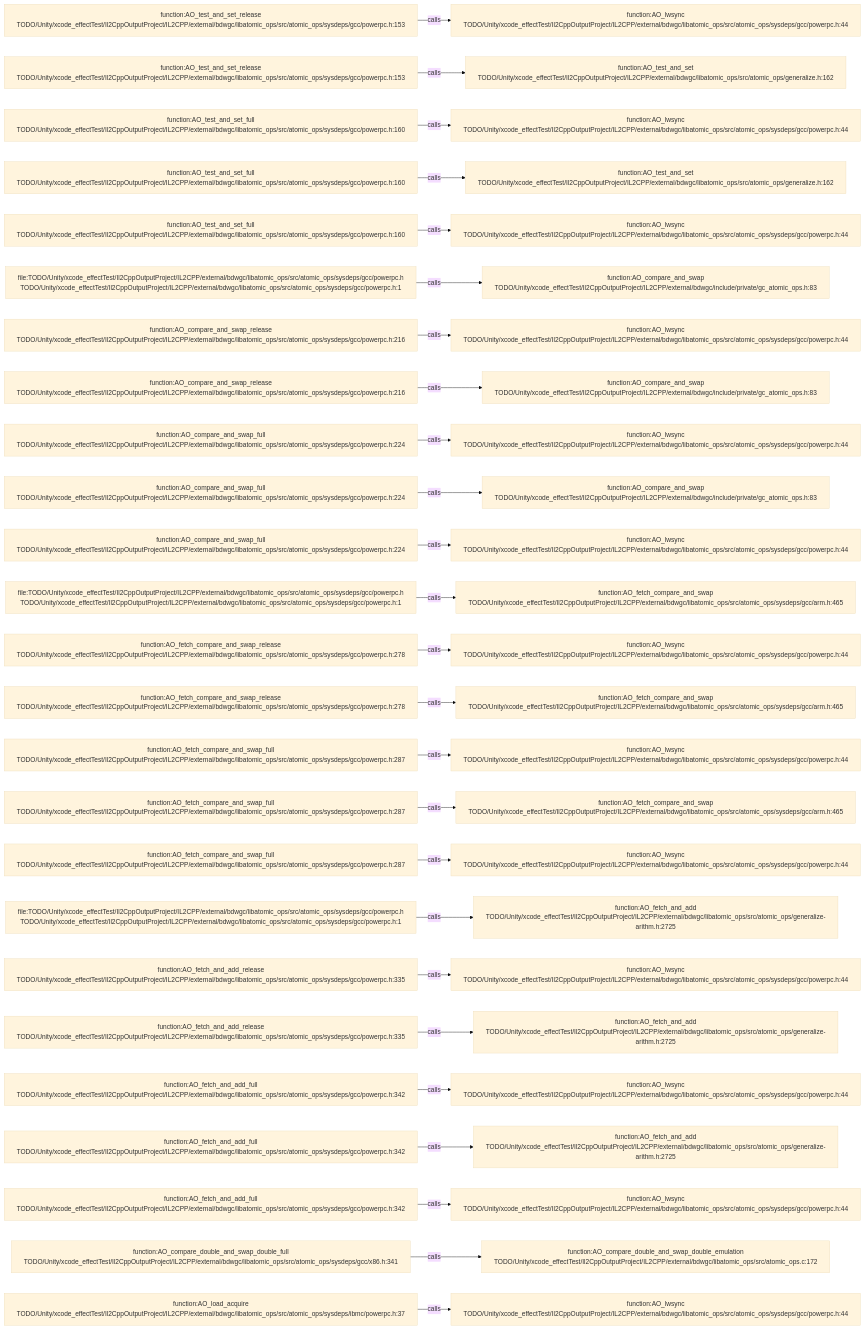
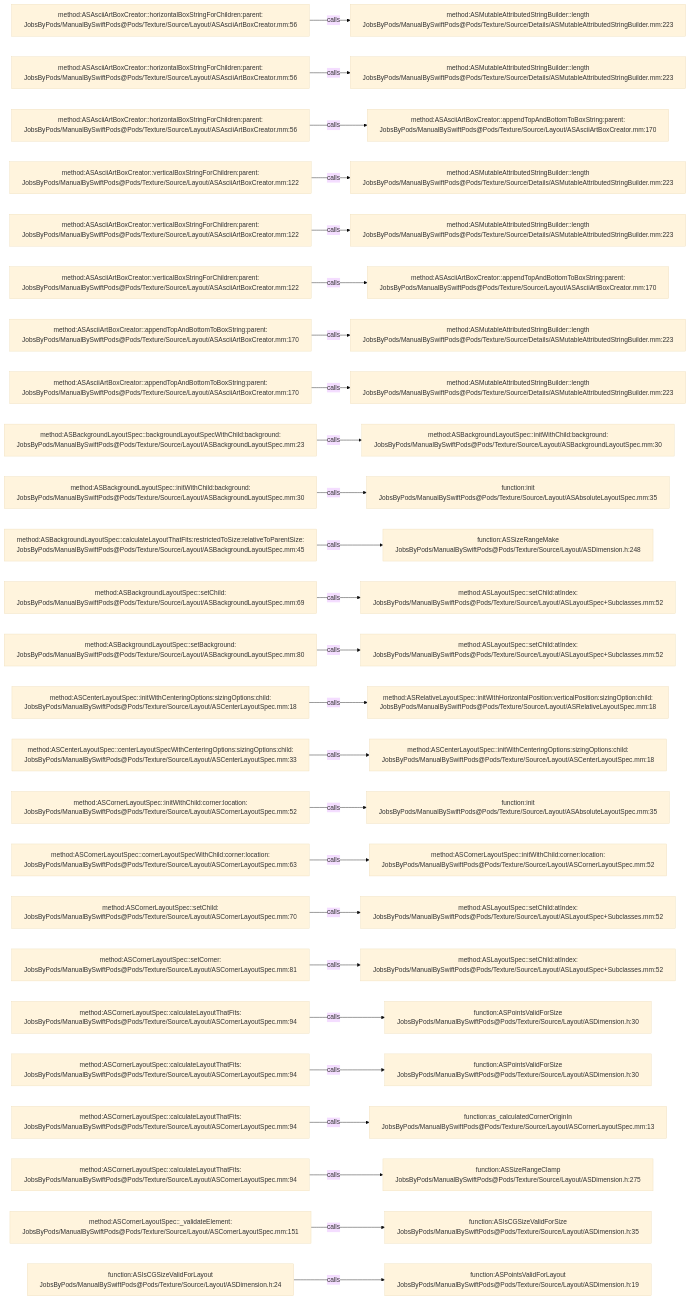
The diagram in .codegraph/codegraph.md/graphs/calls-124.md (JobsKits/JobsSwiftBaseConfigDemo), drawn with Mermaid (base theme) before and after one commit. The commit also changed 2959 other files, not shown here.

````diff
--- a/.codegraph/codegraph.md/graphs/calls-124.md
+++ b/.codegraph/codegraph.md/graphs/calls-124.md
@@ -13,78 +13,78 @@
 ```mermaid
 flowchart LR
-  S1["function:AO_test_and_set_release<br/>TODO/Unity/xcode_effectTest/Il2CppOutputProject/IL2CPP/external/bdwgc/libatomic_ops/src/atomic_ops/sysdeps/gcc/powerpc.h:153"]
-  T1["function:AO_lwsync<br/>TODO/Unity/xcode_effectTest/Il2CppOutputProject/IL2CPP/external/bdwgc/libatomic_ops/src/atomic_ops/sysdeps/gcc/powerpc.h:44"]
+  S1["method:ASAsciiArtBoxCreator::horizontalBoxStringForChildren:parent:<br/>JobsByPods/ManualBySwiftPods@Pods/Texture/Source/Layout/ASAsciiArtBoxCreator.mm:56"]
+  T1["method:ASMutableAttributedStringBuilder::length<br/>JobsByPods/ManualBySwiftPods@Pods/Texture/Source/Details/ASMutableAttributedStringBuilder.mm:223"]
   S1 -->|calls| T1
-  S2["function:AO_test_and_set_release<br/>TODO/Unity/xcode_effectTest/Il2CppOutputProject/IL2CPP/external/bdwgc/libatomic_ops/src/atomic_ops/sysdeps/gcc/powerpc.h:153"]
-  T2["function:AO_test_and_set<br/>TODO/Unity/xcode_effectTest/Il2CppOutputProject/IL2CPP/external/bdwgc/libatomic_ops/src/atomic_ops/generalize.h:162"]
+  S2["method:ASAsciiArtBoxCreator::horizontalBoxStringForChildren:parent:<br/>JobsByPods/ManualBySwiftPods@Pods/Texture/Source/Layout/ASAsciiArtBoxCreator.mm:56"]
+  T2["method:ASMutableAttributedStringBuilder::length<br/>JobsByPods/ManualBySwiftPods@Pods/Texture/Source/Details/ASMutableAttributedStringBuilder.mm:223"]
   S2 -->|calls| T2
-  S3["function:AO_test_and_set_full<br/>TODO/Unity/xcode_effectTest/Il2CppOutputProject/IL2CPP/external/bdwgc/libatomic_ops/src/atomic_ops/sysdeps/gcc/powerpc.h:160"]
-  T3["function:AO_lwsync<br/>TODO/Unity/xcode_effectTest/Il2CppOutputProject/IL2CPP/external/bdwgc/libatomic_ops/src/atomic_ops/sysdeps/gcc/powerpc.h:44"]
+  S3["method:ASAsciiArtBoxCreator::horizontalBoxStringForChildren:parent:<br/>JobsByPods/ManualBySwiftPods@Pods/Texture/Source/Layout/ASAsciiArtBoxCreator.mm:56"]
+  T3["method:ASAsciiArtBoxCreator::appendTopAndBottomToBoxString:parent:<br/>JobsByPods/ManualBySwiftPods@Pods/Texture/Source/Layout/ASAsciiArtBoxCreator.mm:170"]
   S3 -->|calls| T3
-  S4["function:AO_test_and_set_full<br/>TODO/Unity/xcode_effectTest/Il2CppOutputProject/IL2CPP/external/bdwgc/libatomic_ops/src/atomic_ops/sysdeps/gcc/powerpc.h:160"]
-  T4["function:AO_test_and_set<br/>TODO/Unity/xcode_effectTest/Il2CppOutputProject/IL2CPP/external/bdwgc/libatomic_ops/src/atomic_ops/generalize.h:162"]
+  S4["method:ASAsciiArtBoxCreator::verticalBoxStringForChildren:parent:<br/>JobsByPods/ManualBySwiftPods@Pods/Texture/Source/Layout/ASAsciiArtBoxCreator.mm:122"]
+  T4["method:ASMutableAttributedStringBuilder::length<br/>JobsByPods/ManualBySwiftPods@Pods/Texture/Source/Details/ASMutableAttributedStringBuilder.mm:223"]
   S4 -->|calls| T4
-  S5["function:AO_test_and_set_full<br/>TODO/Unity/xcode_effectTest/Il2CppOutputProject/IL2CPP/external/bdwgc/libatomic_ops/src/atomic_ops/sysdeps/gcc/powerpc.h:160"]
-  T5["function:AO_lwsync<br/>TODO/Unity/xcode_effectTest/Il2CppOutputProject/IL2CPP/external/bdwgc/libatomic_ops/src/atomic_ops/sysdeps/gcc/powerpc.h:44"]
+  S5["method:ASAsciiArtBoxCreator::verticalBoxStringForChildren:parent:<br/>JobsByPods/ManualBySwiftPods@Pods/Texture/Source/Layout/ASAsciiArtBoxCreator.mm:122"]
+  T5["method:ASMutableAttributedStringBuilder::length<br/>JobsByPods/ManualBySwiftPods@Pods/Texture/Source/Details/ASMutableAttributedStringBuilder.mm:223"]
   S5 -->|calls| T5
-  S6["file:TODO/Unity/xcode_effectTest/Il2CppOutputProject/IL2CPP/external/bdwgc/libatomic_ops/src/atomic_ops/sysdeps/gcc/powerpc.h<br/>TODO/Unity/xcode_effectTest/Il2CppOutputProject/IL2CPP/external/bdwgc/libatomic_ops/src/atomic_ops/sysdeps/gcc/powerpc.h:1"]
-  T6["function:AO_compare_and_swap<br/>TODO/Unity/xcode_effectTest/Il2CppOutputProject/IL2CPP/external/bdwgc/include/private/gc_atomic_ops.h:83"]
+  S6["method:ASAsciiArtBoxCreator::verticalBoxStringForChildren:parent:<br/>JobsByPods/ManualBySwiftPods@Pods/Texture/Source/Layout/ASAsciiArtBoxCreator.mm:122"]
+  T6["method:ASAsciiArtBoxCreator::appendTopAndBottomToBoxString:parent:<br/>JobsByPods/ManualBySwiftPods@Pods/Texture/Source/Layout/ASAsciiArtBoxCreator.mm:170"]
   S6 -->|calls| T6
-  S7["function:AO_compare_and_swap_release<br/>TODO/Unity/xcode_effectTest/Il2CppOutputProject/IL2CPP/external/bdwgc/libatomic_ops/src/atomic_ops/sysdeps/gcc/powerpc.h:216"]
-  T7["function:AO_lwsync<br/>TODO/Unity/xcode_effectTest/Il2CppOutputProject/IL2CPP/external/bdwgc/libatomic_ops/src/atomic_ops/sysdeps/gcc/powerpc.h:44"]
+  S7["method:ASAsciiArtBoxCreator::appendTopAndBottomToBoxString:parent:<br/>JobsByPods/ManualBySwiftPods@Pods/Texture/Source/Layout/ASAsciiArtBoxCreator.mm:170"]
+  T7["method:ASMutableAttributedStringBuilder::length<br/>JobsByPods/ManualBySwiftPods@Pods/Texture/Source/Details/ASMutableAttributedStringBuilder.mm:223"]
   S7 -->|calls| T7
-  S8["function:AO_compare_and_swap_release<br/>TODO/Unity/xcode_effectTest/Il2CppOutputProject/IL2CPP/external/bdwgc/libatomic_ops/src/atomic_ops/sysdeps/gcc/powerpc.h:216"]
-  T8["function:AO_compare_and_swap<br/>TODO/Unity/xcode_effectTest/Il2CppOutputProject/IL2CPP/external/bdwgc/include/private/gc_atomic_ops.h:83"]
+  S8["method:ASAsciiArtBoxCreator::appendTopAndBottomToBoxString:parent:<br/>JobsByPods/ManualBySwiftPods@Pods/Texture/Source/Layout/ASAsciiArtBoxCreator.mm:170"]
+  T8["method:ASMutableAttributedStringBuilder::length<br/>JobsByPods/ManualBySwiftPods@Pods/Texture/Source/Details/ASMutableAttributedStringBuilder.mm:223"]
   S8 -->|calls| T8
-  S9["function:AO_compare_and_swap_full<br/>TODO/Unity/xcode_effectTest/Il2CppOutputProject/IL2CPP/external/bdwgc/libatomic_ops/src/atomic_ops/sysdeps/gcc/powerpc.h:224"]
-  T9["function:AO_lwsync<br/>TODO/Unity/xcode_effectTest/Il2CppOutputProject/IL2CPP/external/bdwgc/libatomic_ops/src/atomic_ops/sysdeps/gcc/powerpc.h:44"]
+  S9["method:ASBackgroundLayoutSpec::backgroundLayoutSpecWithChild:background:<br/>JobsByPods/ManualBySwiftPods@Pods/Texture/Source/Layout/ASBackgroundLayoutSpec.mm:23"]
+  T9["method:ASBackgroundLayoutSpec::initWithChild:background:<br/>JobsByPods/ManualBySwiftPods@Pods/Texture/Source/Layout/ASBackgroundLayoutSpec.mm:30"]
   S9 -->|calls| T9
-  S10["function:AO_compare_and_swap_full<br/>TODO/Unity/xcode_effectTest/Il2CppOutputProject/IL2CPP/external/bdwgc/libatomic_ops/src/atomic_ops/sysdeps/gcc/powerpc.h:224"]
-  T10["function:AO_compare_and_swap<br/>TODO/Unity/xcode_effectTest/Il2CppOutputProject/IL2CPP/external/bdwgc/include/private/gc_atomic_ops.h:83"]
+  S10["method:ASBackgroundLayoutSpec::initWithChild:background:<br/>JobsByPods/ManualBySwiftPods@Pods/Texture/Source/Layout/ASBackgroundLayoutSpec.mm:30"]
+  T10["function:init<br/>JobsByPods/ManualBySwiftPods@Pods/Texture/Source/Layout/ASAbsoluteLayoutSpec.mm:35"]
   S10 -->|calls| T10
-  S11["function:AO_compare_and_swap_full<br/>TODO/Unity/xcode_effectTest/Il2CppOutputProject/IL2CPP/external/bdwgc/libatomic_ops/src/atomic_ops/sysdeps/gcc/powerpc.h:224"]
-  T11["function:AO_lwsync<br/>TODO/Unity/xcode_effectTest/Il2CppOutputProject/IL2CPP/external/bdwgc/libatomic_ops/src/atomic_ops/sysdeps/gcc/powerpc.h:44"]
+  S11["method:ASBackgroundLayoutSpec::calculateLayoutThatFits:restrictedToSize:relativeToParentSize:<br/>JobsByPods/ManualBySwiftPods@Pods/Texture/Source/Layout/ASBackgroundLayoutSpec.mm:45"]
+  T11["function:ASSizeRangeMake<br/>JobsByPods/ManualBySwiftPods@Pods/Texture/Source/Layout/ASDimension.h:248"]
   S11 -->|calls| T11
-  S12["file:TODO/Unity/xcode_effectTest/Il2CppOutputProject/IL2CPP/external/bdwgc/libatomic_ops/src/atomic_ops/sysdeps/gcc/powerpc.h<br/>TODO/Unity/xcode_effectTest/Il2CppOutputProject/IL2CPP/external/bdwgc/libatomic_ops/src/atomic_ops/sysdeps/gcc/powerpc.h:1"]
-  T12["function:AO_fetch_compare_and_swap<br/>TODO/Unity/xcode_effectTest/Il2CppOutputProject/IL2CPP/external/bdwgc/libatomic_ops/src/atomic_ops/sysdeps/gcc/arm.h:465"]
+  S12["method:ASBackgroundLayoutSpec::setChild:<br/>JobsByPods/ManualBySwiftPods@Pods/Texture/Source/Layout/ASBackgroundLayoutSpec.mm:69"]
+  T12["method:ASLayoutSpec::setChild:atIndex:<br/>JobsByPods/ManualBySwiftPods@Pods/Texture/Source/Layout/ASLayoutSpec+Subclasses.mm:52"]
   S12 -->|calls| T12
-  S13["function:AO_fetch_compare_and_swap_release<br/>TODO/Unity/xcode_effectTest/Il2CppOutputProject/IL2CPP/external/bdwgc/libatomic_ops/src/atomic_ops/sysdeps/gcc/powerpc.h:278"]
-  T13["function:AO_lwsync<br/>TODO/Unity/xcode_effectTest/Il2CppOutputProject/IL2CPP/external/bdwgc/libatomic_ops/src/atomic_ops/sysdeps/gcc/powerpc.h:44"]
+  S13["method:ASBackgroundLayoutSpec::setBackground:<br/>JobsByPods/ManualBySwiftPods@Pods/Texture/Source/Layout/ASBackgroundLayoutSpec.mm:80"]
+  T13["method:ASLayoutSpec::setChild:atIndex:<br/>JobsByPods/ManualBySwiftPods@Pods/Texture/Source/Layout/ASLayoutSpec+Subclasses.mm:52"]
   S13 -->|calls| T13
-  S14["function:AO_fetch_compare_and_swap_release<br/>TODO/Unity/xcode_effectTest/Il2CppOutputProject/IL2CPP/external/bdwgc/libatomic_ops/src/atomic_ops/sysdeps/gcc/powerpc.h:278"]
-  T14["function:AO_fetch_compare_and_swap<br/>TODO/Unity/xcode_effectTest/Il2CppOutputProject/IL2CPP/external/bdwgc/libatomic_ops/src/atomic_ops/sysdeps/gcc/arm.h:465"]
+  S14["method:ASCenterLayoutSpec::initWithCenteringOptions:sizingOptions:child:<br/>JobsByPods/ManualBySwiftPods@Pods/Texture/Source/Layout/ASCenterLayoutSpec.mm:18"]
+  T14["method:ASRelativeLayoutSpec::initWithHorizontalPosition:verticalPosition:sizingOption:child:<br/>JobsByPods/ManualBySwiftPods@Pods/Texture/Source/Layout/ASRelativeLayoutSpec.mm:18"]
   S14 -->|calls| T14
-  S15["function:AO_fetch_compare_and_swap_full<br/>TODO/Unity/xcode_effectTest/Il2CppOutputProject/IL2CPP/external/bdwgc/libatomic_ops/src/atomic_ops/sysdeps/gcc/powerpc.h:287"]
-  T15["function:AO_lwsync<br/>TODO/Unity/xcode_effectTest/Il2CppOutputProject/IL2CPP/external/bdwgc/libatomic_ops/src/atomic_ops/sysdeps/gcc/powerpc.h:44"]
+  S15["method:ASCenterLayoutSpec::centerLayoutSpecWithCenteringOptions:sizingOptions:child:<br/>JobsByPods/ManualBySwiftPods@Pods/Texture/Source/Layout/ASCenterLayoutSpec.mm:33"]
+  T15["method:ASCenterLayoutSpec::initWithCenteringOptions:sizingOptions:child:<br/>JobsByPods/ManualBySwiftPods@Pods/Texture/Source/Layout/ASCenterLayoutSpec.mm:18"]
   S15 -->|calls| T15
-  S16["function:AO_fetch_compare_and_swap_full<br/>TODO/Unity/xcode_effectTest/Il2CppOutputProject/IL2CPP/external/bdwgc/libatomic_ops/src/atomic_ops/sysdeps/gcc/powerpc.h:287"]
-  T16["function:AO_fetch_compare_and_swap<br/>TODO/Unity/xcode_effectTest/Il2CppOutputProject/IL2CPP/external/bdwgc/libatomic_ops/src/atomic_ops/sysdeps/gcc/arm.h:465"]
+  S16["method:ASCornerLayoutSpec::initWithChild:corner:location:<br/>JobsByPods/ManualBySwiftPods@Pods/Texture/Source/Layout/ASCornerLayoutSpec.mm:52"]
+  T16["function:init<br/>JobsByPods/ManualBySwiftPods@Pods/Texture/Source/Layout/ASAbsoluteLayoutSpec.mm:35"]
   S16 -->|calls| T16
-  S17["function:AO_fetch_compare_and_swap_full<br/>TODO/Unity/xcode_effectTest/Il2CppOutputProject/IL2CPP/external/bdwgc/libatomic_ops/src/atomic_ops/sysdeps/gcc/powerpc.h:287"]
-  T17["function:AO_lwsync<br/>TODO/Unity/xcode_effectTest/Il2CppOutputProject/IL2CPP/external/bdwgc/libatomic_ops/src/atomic_ops/sysdeps/gcc/powerpc.h:44"]
+  S17["method:ASCornerLayoutSpec::cornerLayoutSpecWithChild:corner:location:<br/>JobsByPods/ManualBySwiftPods@Pods/Texture/Source/Layout/ASCornerLayoutSpec.mm:63"]
+  T17["method:ASCornerLayoutSpec::initWithChild:corner:location:<br/>JobsByPods/ManualBySwiftPods@Pods/Texture/Source/Layout/ASCornerLayoutSpec.mm:52"]
   S17 -->|calls| T17
-  S18["file:TODO/Unity/xcode_effectTest/Il2CppOutputProject/IL2CPP/external/bdwgc/libatomic_ops/src/atomic_ops/sysdeps/gcc/powerpc.h<br/>TODO/Unity/xcode_effectTest/Il2CppOutputProject/IL2CPP/external/bdwgc/libatomic_ops/src/atomic_ops/sysdeps/gcc/powerpc.h:1"]
-  T18["function:AO_fetch_and_add<br/>TODO/Unity/xcode_effectTest/Il2CppOutputProject/IL2CPP/external/bdwgc/libatomic_ops/src/atomic_ops/generalize-arithm.h:2725"]
+  S18["method:ASCornerLayoutSpec::setChild:<br/>JobsByPods/ManualBySwiftPods@Pods/Texture/Source/Layout/ASCornerLayoutSpec.mm:70"]
+  T18["method:ASLayoutSpec::setChild:atIndex:<br/>JobsByPods/ManualBySwiftPods@Pods/Texture/Source/Layout/ASLayoutSpec+Subclasses.mm:52"]
   S18 -->|calls| T18
-  S19["function:AO_fetch_and_add_release<br/>TODO/Unity/xcode_effectTest/Il2CppOutputProject/IL2CPP/external/bdwgc/libatomic_ops/src/atomic_ops/sysdeps/gcc/powerpc.h:335"]
-  T19["function:AO_lwsync<br/>TODO/Unity/xcode_effectTest/Il2CppOutputProject/IL2CPP/external/bdwgc/libatomic_ops/src/atomic_ops/sysdeps/gcc/powerpc.h:44"]
+  S19["method:ASCornerLayoutSpec::setCorner:<br/>JobsByPods/ManualBySwiftPods@Pods/Texture/Source/Layout/ASCornerLayoutSpec.mm:81"]
+  T19["method:ASLayoutSpec::setChild:atIndex:<br/>JobsByPods/ManualBySwiftPods@Pods/Texture/Source/Layout/ASLayoutSpec+Subclasses.mm:52"]
   S19 -->|calls| T19
-  S20["function:AO_fetch_and_add_release<br/>TODO/Unity/xcode_effectTest/Il2CppOutputProject/IL2CPP/external/bdwgc/libatomic_ops/src/atomic_ops/sysdeps/gcc/powerpc.h:335"]
-  T20["function:AO_fetch_and_add<br/>TODO/Unity/xcode_effectTest/Il2CppOutputProject/IL2CPP/external/bdwgc/libatomic_ops/src/atomic_ops/generalize-arithm.h:2725"]
+  S20["method:ASCornerLayoutSpec::calculateLayoutThatFits:<br/>JobsByPods/ManualBySwiftPods@Pods/Texture/Source/Layout/ASCornerLayoutSpec.mm:94"]
+  T20["function:ASPointsValidForSize<br/>JobsByPods/ManualBySwiftPods@Pods/Texture/Source/Layout/ASDimension.h:30"]
   S20 -->|calls| T20
-  S21["function:AO_fetch_and_add_full<br/>TODO/Unity/xcode_effectTest/Il2CppOutputProject/IL2CPP/external/bdwgc/libatomic_ops/src/atomic_ops/sysdeps/gcc/powerpc.h:342"]
-  T21["function:AO_lwsync<br/>TODO/Unity/xcode_effectTest/Il2CppOutputProject/IL2CPP/external/bdwgc/libatomic_ops/src/atomic_ops/sysdeps/gcc/powerpc.h:44"]
+  S21["method:ASCornerLayoutSpec::calculateLayoutThatFits:<br/>JobsByPods/ManualBySwiftPods@Pods/Texture/Source/Layout/ASCornerLayoutSpec.mm:94"]
+  T21["function:ASPointsValidForSize<br/>JobsByPods/ManualBySwiftPods@Pods/Texture/Source/Layout/ASDimension.h:30"]
   S21 -->|calls| T21
-  S22["function:AO_fetch_and_add_full<br/>TODO/Unity/xcode_effectTest/Il2CppOutputProject/IL2CPP/external/bdwgc/libatomic_ops/src/atomic_ops/sysdeps/gcc/powerpc.h:342"]
-  T22["function:AO_fetch_and_add<br/>TODO/Unity/xcode_effectTest/Il2CppOutputProject/IL2CPP/external/bdwgc/libatomic_ops/src/atomic_ops/generalize-arithm.h:2725"]
+  S22["method:ASCornerLayoutSpec::calculateLayoutThatFits:<br/>JobsByPods/ManualBySwiftPods@Pods/Texture/Source/Layout/ASCornerLayoutSpec.mm:94"]
+  T22["function:as_calculatedCornerOriginIn<br/>JobsByPods/ManualBySwiftPods@Pods/Texture/Source/Layout/ASCornerLayoutSpec.mm:13"]
   S22 -->|calls| T22
-  S23["function:AO_fetch_and_add_full<br/>TODO/Unity/xcode_effectTest/Il2CppOutputProject/IL2CPP/external/bdwgc/libatomic_ops/src/atomic_ops/sysdeps/gcc/powerpc.h:342"]
-  T23["function:AO_lwsync<br/>TODO/Unity/xcode_effectTest/Il2CppOutputProject/IL2CPP/external/bdwgc/libatomic_ops/src/atomic_ops/sysdeps/gcc/powerpc.h:44"]
+  S23["method:ASCornerLayoutSpec::calculateLayoutThatFits:<br/>JobsByPods/ManualBySwiftPods@Pods/Texture/Source/Layout/ASCornerLayoutSpec.mm:94"]
+  T23["function:ASSizeRangeClamp<br/>JobsByPods/ManualBySwiftPods@Pods/Texture/Source/Layout/ASDimension.h:275"]
   S23 -->|calls| T23
-  S24["function:AO_compare_double_and_swap_double_full<br/>TODO/Unity/xcode_effectTest/Il2CppOutputProject/IL2CPP/external/bdwgc/libatomic_ops/src/atomic_ops/sysdeps/gcc/x86.h:341"]
-  T24["function:AO_compare_double_and_swap_double_emulation<br/>TODO/Unity/xcode_effectTest/Il2CppOutputProject/IL2CPP/external/bdwgc/libatomic_ops/src/atomic_ops.c:172"]
+  S24["method:ASCornerLayoutSpec::_validateElement:<br/>JobsByPods/ManualBySwiftPods@Pods/Texture/Source/Layout/ASCornerLayoutSpec.mm:151"]
+  T24["function:ASIsCGSizeValidForSize<br/>JobsByPods/ManualBySwiftPods@Pods/Texture/Source/Layout/ASDimension.h:35"]
   S24 -->|calls| T24
-  S25["function:AO_load_acquire<br/>TODO/Unity/xcode_effectTest/Il2CppOutputProject/IL2CPP/external/bdwgc/libatomic_ops/src/atomic_ops/sysdeps/ibmc/powerpc.h:37"]
-  T25["function:AO_lwsync<br/>TODO/Unity/xcode_effectTest/Il2CppOutputProject/IL2CPP/external/bdwgc/libatomic_ops/src/atomic_ops/sysdeps/gcc/powerpc.h:44"]
+  S25["function:ASIsCGSizeValidForLayout<br/>JobsByPods/ManualBySwiftPods@Pods/Texture/Source/Layout/ASDimension.h:24"]
+  T25["function:ASPointsValidForLayout<br/>JobsByPods/ManualBySwiftPods@Pods/Texture/Source/Layout/ASDimension.h:19"]
   S25 -->|calls| T25
 ```
````
